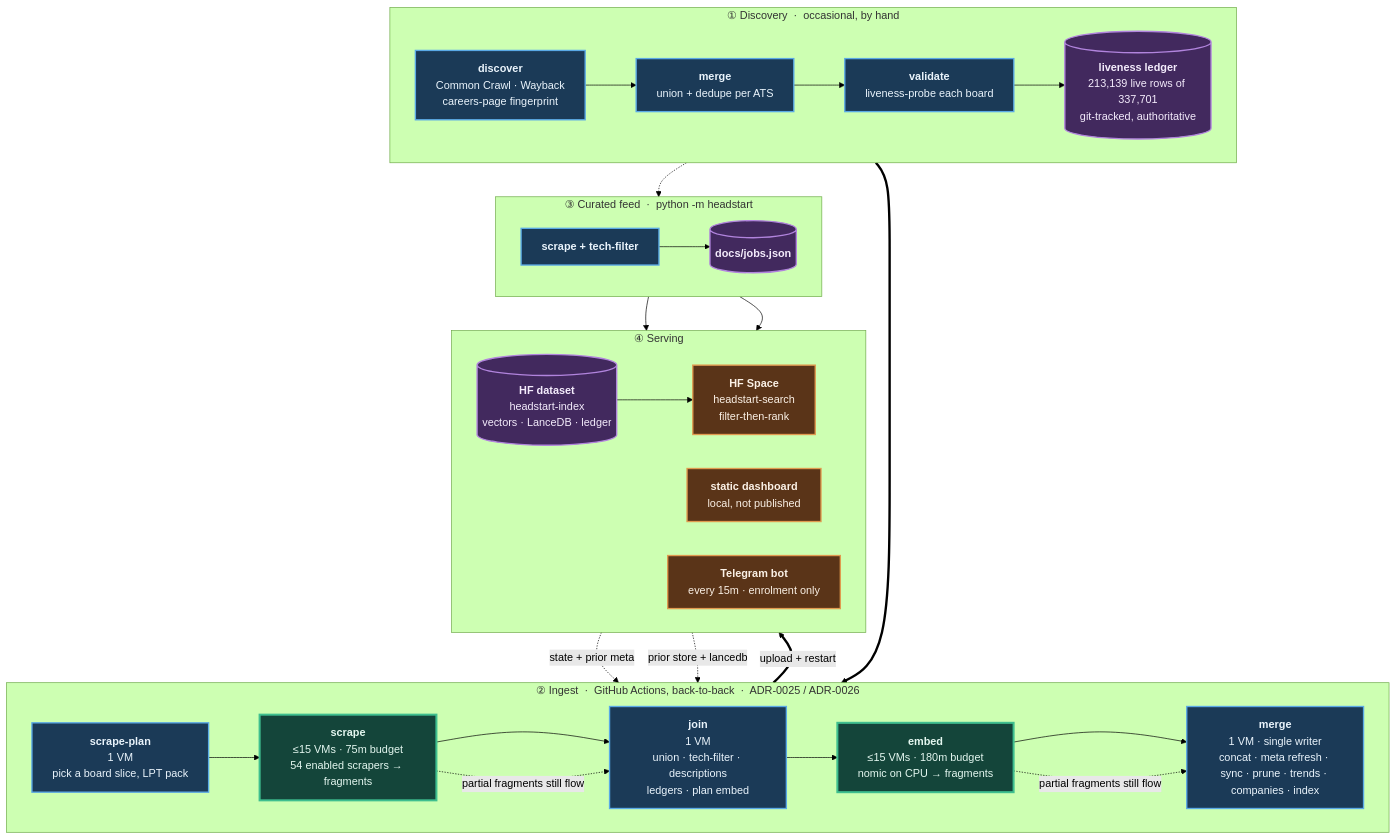
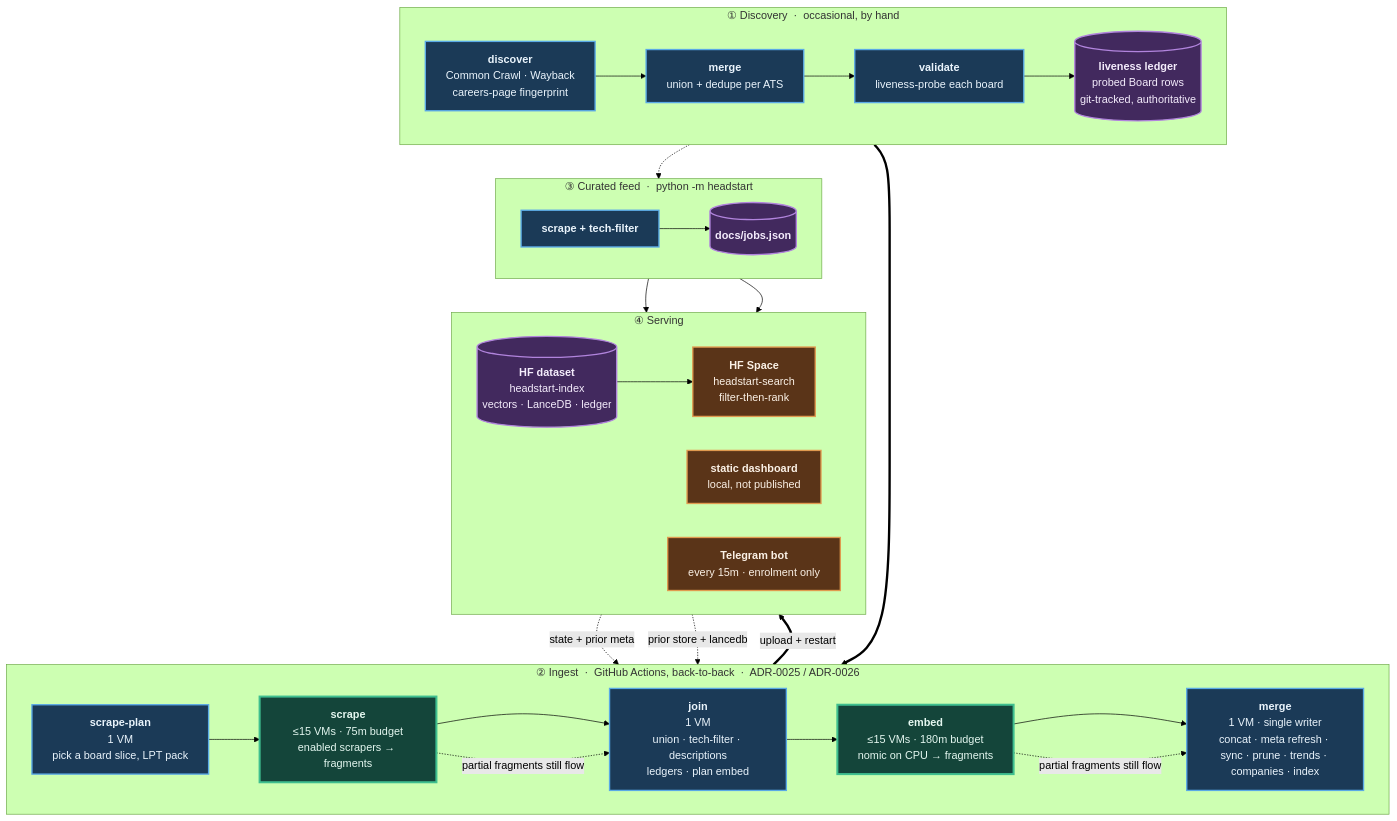
Before and after one commit to sarthakjain004/headstart: the diagram in README.md, drawn with Mermaid (forest theme). The commit also changed other lines of this file and 15 other files, not shown here.

````diff
--- a/README.md
+++ b/README.md
@@ -185,56 +185,56 @@
 ```mermaid
 flowchart TB
     subgraph D["① Discovery &nbsp;·&nbsp; occasional, by hand"]
         direction LR
         D1["<b>discover</b><br/>Common Crawl · Wayback<br/>careers-page fingerprint"]
         D2["<b>merge</b><br/>union + dedupe per ATS"]
         D3["<b>validate</b><br/>liveness-probe each board"]
-        D4[("<b>liveness ledger</b><br/>213,139 live rows of 337,701<br/>git-tracked, authoritative")]
+        D4[("<b>liveness ledger</b><br/>probed Board rows<br/>git-tracked, authoritative")]
         D1 --> D2 --> D3 --> D4
     end
 
     subgraph P["② Ingest &nbsp;·&nbsp; GitHub Actions, back-to-back &nbsp;·&nbsp; ADR-0025 / ADR-0026"]
         direction LR
         P1["<b>scrape-plan</b><br/>1 VM<br/>pick a board slice, LPT pack"]
-        P2["<b>scrape</b><br/>≤15 VMs · 75m budget<br/>54 enabled scrapers → fragments"]
+        P2["<b>scrape</b><br/>≤15 VMs · 75m budget<br/>enabled scrapers → fragments"]
         P3["<b>join</b><br/>1 VM<br/>union · tech-filter · descriptions<br/>ledgers · plan embed"]
         P4["<b>embed</b><br/>≤15 VMs · 180m budget<br/>nomic on CPU → fragments"]
         P5["<b>merge</b><br/>1 VM · single writer<br/>concat · meta refresh · sync · prune · trends · companies · index"]
         P1 --> P2 --> P3 --> P4 --> P5
     end
 
     subgraph F["③ Curated feed &nbsp;·&nbsp; python -m headstart"]
         direction LR
         F1["<b>scrape + tech-filter</b>"]
         F2[("<b>docs/jobs.json</b>")]
         F1 --> F2
     end
 
     subgraph S["④ Serving"]
         direction LR
         S1[("<b>HF dataset</b><br/>headstart-index<br/>vectors · LanceDB · ledger")]
         S2["<b>HF Space</b><br/>headstart-search<br/>filter-then-rank"]
         S3["<b>static dashboard</b><br/>local, not published"]
         S4["<b>Telegram bot</b><br/>every 15m · enrolment only"]
         S1 --> S2
     end
 
     D4 ==> P1
     S1 -. "state + prior meta" .-> P1
     S1 -. "prior store + lancedb" .-> P5
     D4 -.-> F1
     P5 ==>|"upload + restart"| S1
     F2 --> S3
     F2 --> S4
     P2 -. "partial fragments still flow" .-> P3
     P4 -. "partial fragments still flow" .-> P5
 
     classDef serial fill:#1b3a57,stroke:#5aa9e6,stroke-width:2px,color:#eaf4fc
     classDef fan fill:#14453a,stroke:#3fbf8f,stroke-width:3px,color:#e4f7f0
     classDef store fill:#42295e,stroke:#b184dd,stroke-width:2px,color:#f4ecfc
     classDef serve fill:#5a3418,stroke:#e09a4f,stroke-width:2px,color:#fbf1e6
     class D1,D2,D3,P1,P3,P5,F1 serial
     class P2,P4 fan
     class D4,F2,S1 store
     class S2,S3,S4 serve
 ```
````
